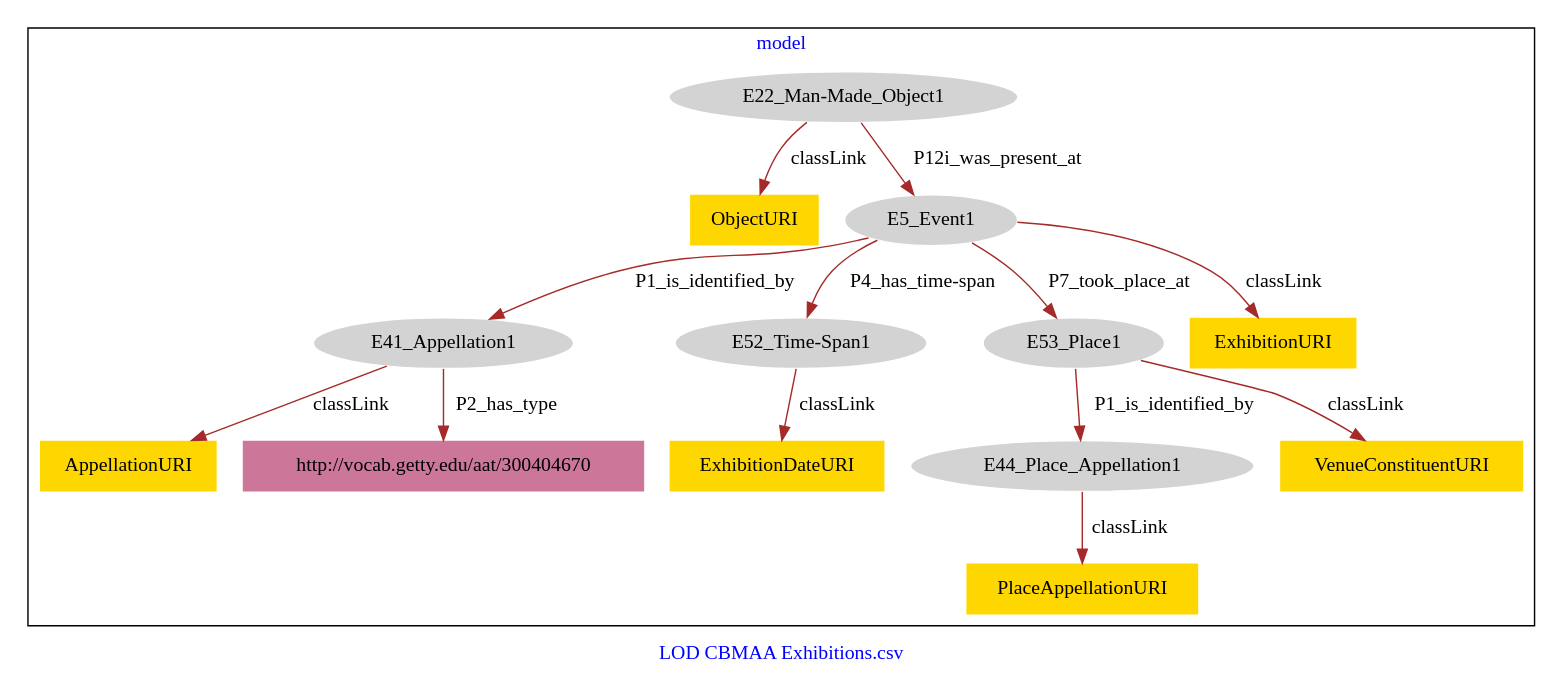
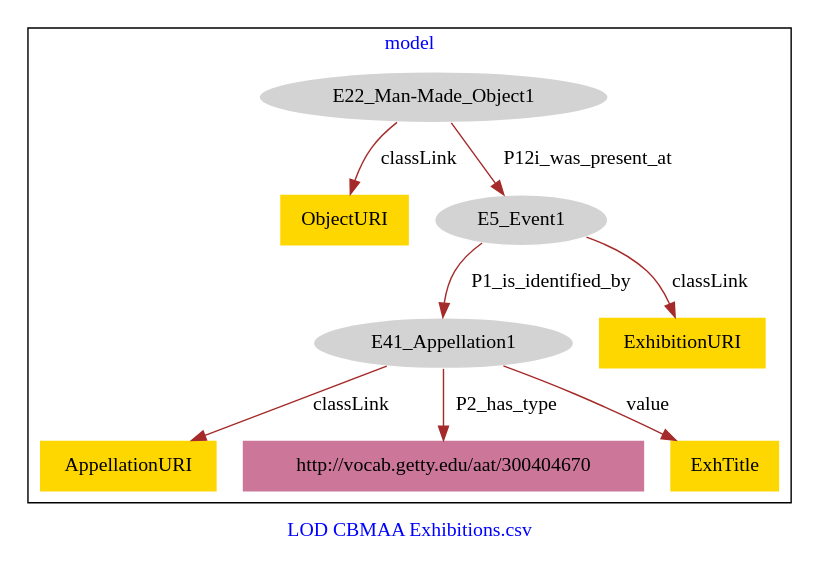
The diagram in CBMAA_Exhibitions/CBMAA_Exhibitions-model.dot (american-art/cbm), drawn with Graphviz before and after one commit.

Commit message:
Update file CBMAA_Exhibitions-model.dot

```diff
--- a/CBMAA_Exhibitions/CBMAA_Exhibitions-model.dot
+++ b/CBMAA_Exhibitions/CBMAA_Exhibitions-model.dot
@@ -1,33 +1,23 @@
 digraph n0 {
 fontcolor="blue"
 remincross="true"
 label="LOD CBMAA Exhibitions.csv"
 subgraph cluster {
 label="model"
 n2[style="filled",color="white",fillcolor="lightgray",label="E22_Man-Made_Object1"];
 n3[shape="plaintext",style="filled",fillcolor="gold",label="ObjectURI"];
 n4[style="filled",color="white",fillcolor="lightgray",label="E5_Event1"];
 n5[style="filled",color="white",fillcolor="lightgray",label="E41_Appellation1"];
 n6[shape="plaintext",style="filled",fillcolor="gold",label="AppellationURI"];
 n7[shape="plaintext",style="filled",fillcolor="#CC7799",label="http://vocab.getty.edu/aat/300404670"];
-n8[style="filled",color="white",fillcolor="lightgray",label="E44_Place_Appellation1"];
-n9[shape="plaintext",style="filled",fillcolor="gold",label="PlaceAppellationURI"];
-n10[style="filled",color="white",fillcolor="lightgray",label="E52_Time-Span1"];
-n11[shape="plaintext",style="filled",fillcolor="gold",label="ExhibitionDateURI"];
-n12[style="filled",color="white",fillcolor="lightgray",label="E53_Place1"];
-n13[shape="plaintext",style="filled",fillcolor="gold",label="VenueConstituentURI"];
-n14[shape="plaintext",style="filled",fillcolor="gold",label="ExhibitionURI"];
+n8[shape="plaintext",style="filled",fillcolor="gold",label="ExhTitle"];
+n9[shape="plaintext",style="filled",fillcolor="gold",label="ExhibitionURI"];
 }
 n2 -> n3[color="brown",fontcolor="black",label="classLink"]
 n2 -> n4[color="brown",fontcolor="black",label="P12i_was_present_at"]
 n5 -> n6[color="brown",fontcolor="black",label="classLink"]
 n5 -> n7[color="brown",fontcolor="black",label="P2_has_type"]
-n8 -> n9[color="brown",fontcolor="black",label="classLink"]
-n10 -> n11[color="brown",fontcolor="black",label="classLink"]
-n12 -> n13[color="brown",fontcolor="black",label="classLink"]
-n12 -> n8[color="brown",fontcolor="black",label="P1_is_identified_by"]
-n4 -> n14[color="brown",fontcolor="black",label="classLink"]
+n5 -> n8[color="brown",fontcolor="black",label="value"]
+n4 -> n9[color="brown",fontcolor="black",label="classLink"]
 n4 -> n5[color="brown",fontcolor="black",label="P1_is_identified_by"]
-n4 -> n10[color="brown",fontcolor="black",label="P4_has_time-span"]
-n4 -> n12[color="brown",fontcolor="black",label="P7_took_place_at"]
 }
```
